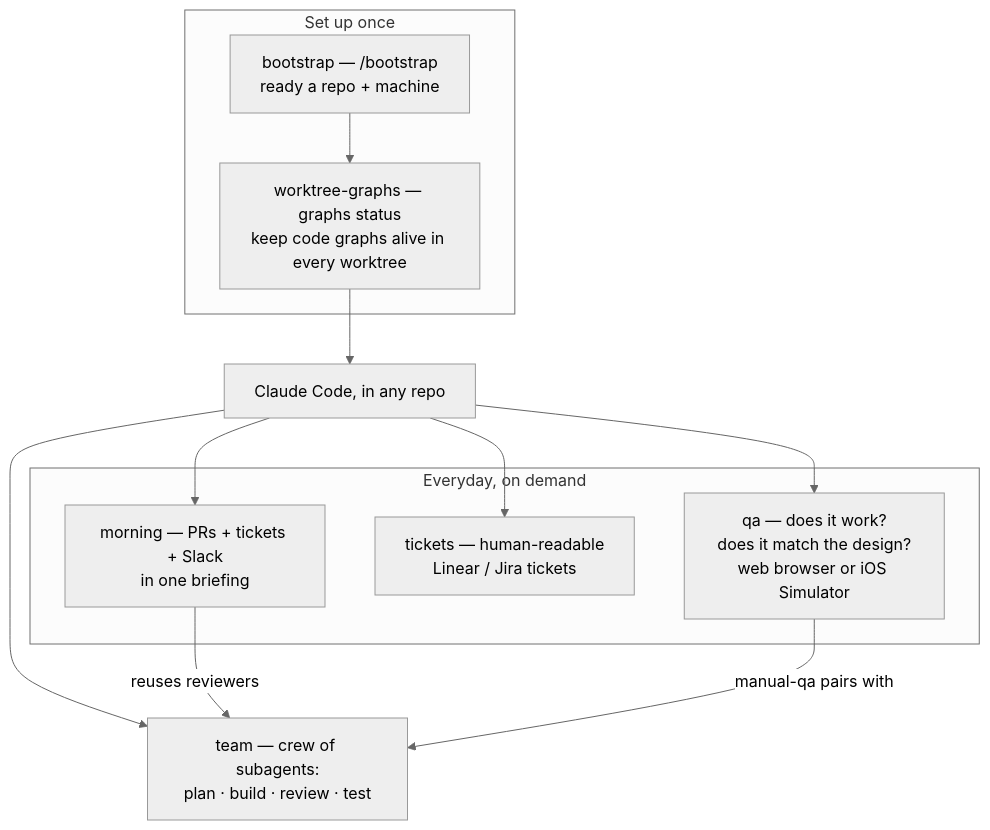
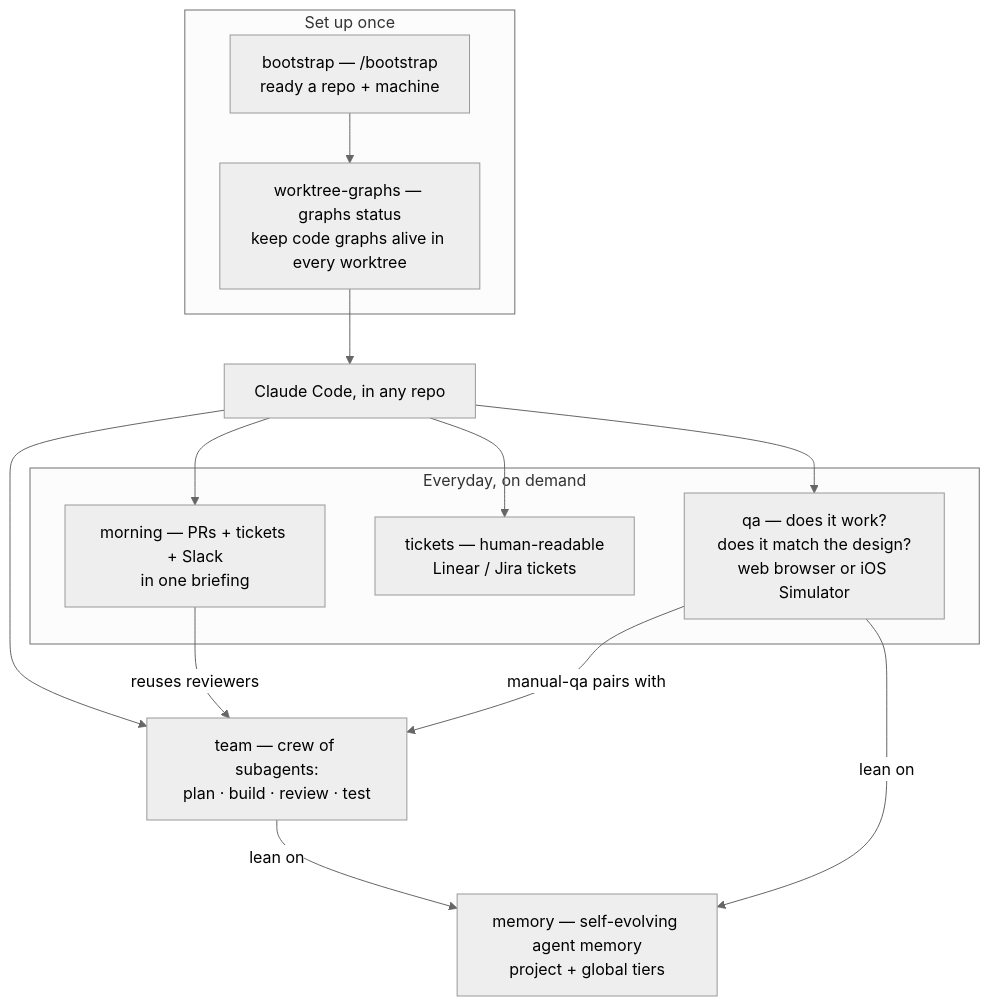
The diagram in README.md (unisol1020/ai-tools), drawn with Mermaid (neutral theme) before and after one commit. The commit also changed other lines of this file and 22 other files, not shown here.

````diff
--- a/README.md
+++ b/README.md
@@ -9,22 +9,25 @@
 ```mermaid
 flowchart TD
   subgraph setup["Set up once"]
     BOOT["bootstrap — /bootstrap<br/>ready a repo + machine"]
     WTG["worktree-graphs — graphs status<br/>keep code graphs alive in every worktree"]
   end
   CC["Claude Code, in any repo"]
   subgraph daily["Everyday, on demand"]
     QA["qa — does it work?<br/>does it match the design?<br/>web browser or iOS Simulator"]
     TIX["tickets — human-readable<br/>Linear / Jira tickets"]
     MORN["morning — PRs + tickets + Slack<br/>in one briefing"]
   end
   TEAM["team — crew of subagents:<br/>plan · build · review · test"]
+  MEM["memory — self-evolving agent memory<br/>project + global tiers"]
   BOOT --> WTG
   WTG --> CC
   CC --> QA
   CC --> TIX
   CC --> MORN
   CC --> TEAM
   MORN -->|reuses reviewers| TEAM
   QA -->|manual-qa pairs with| TEAM
+  TEAM -->|lean on| MEM
+  QA -->|lean on| MEM
 ```
````
